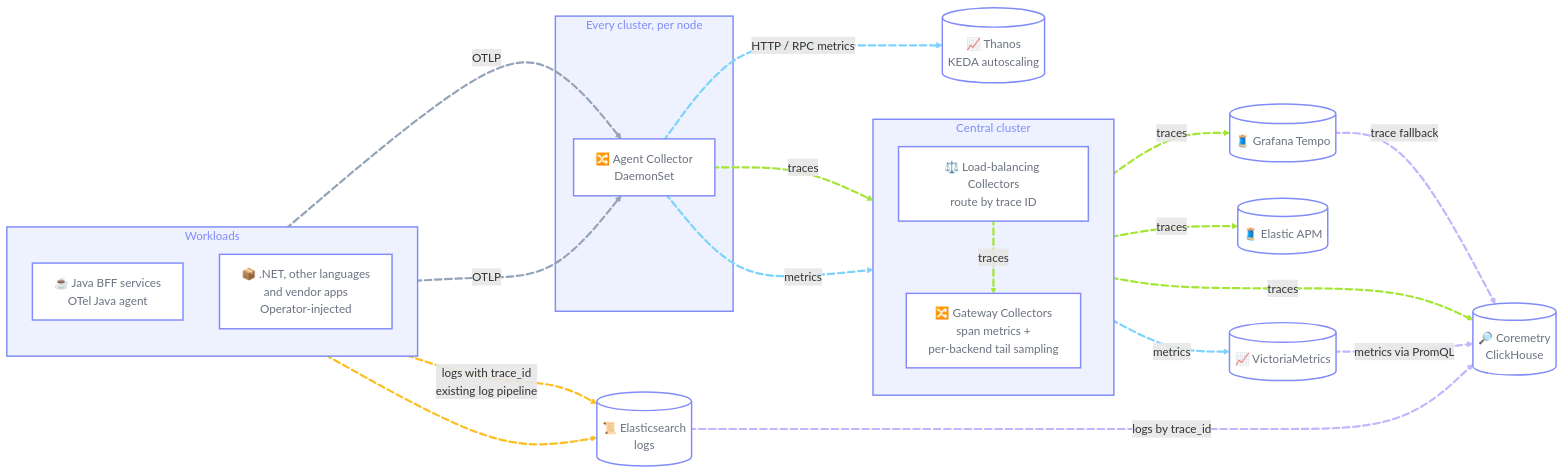
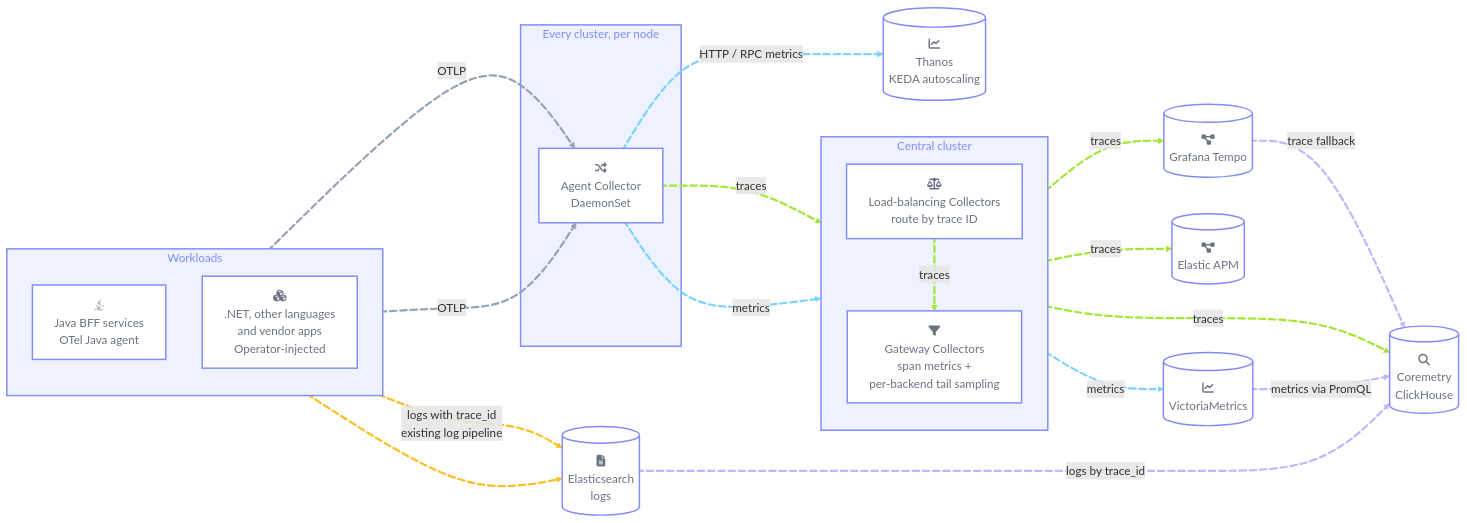
One commit to open-telemetry/opentelemetry.io changed the diagram in content/en/docs/guidance/reference-implementations/akbank/index.md. Above: the diagram before and after it, drawn with Mermaid.

Commit message:
Akbank reference implementation: Font Awesome icons instead of emoji in the architecture diagram

````diff
--- a/content/en/docs/guidance/reference-implementations/akbank/index.md
+++ b/content/en/docs/guidance/reference-implementations/akbank/index.md
@@ -153,70 +153,70 @@
 ```mermaid
 ---
 config:
   flowchart:
     curve: basis
 ---
 flowchart LR
   subgraph Workloads["Workloads"]
     direction TB
-    J["☕ Java BFF services<br/>OTel Java agent"]:::node
-    N["📦 .NET, other languages<br/>and vendor apps<br/>Operator-injected"]:::node
+    J["fab:fa-java<br/>Java BFF services<br/>OTel Java agent"]:::node
+    N["fa:fa-cubes<br/>.NET, other languages<br/>and vendor apps<br/>Operator-injected"]:::node
   end
   subgraph edge["Every cluster, per node"]
-    A["🔀 Agent Collector<br/>DaemonSet"]:::node
+    A["fa:fa-shuffle<br/>Agent Collector<br/>DaemonSet"]:::node
   end
   subgraph central["Central cluster"]
     direction TB
-    LB["⚖️ Load-balancing Collectors<br/>route by trace ID"]:::node
-    G["🔀 Gateway Collectors<br/>span metrics +<br/>per-backend tail sampling"]:::node
+    LB["fa:fa-scale-balanced<br/>Load-balancing Collectors<br/>route by trace ID"]:::node
+    G["fa:fa-filter<br/>Gateway Collectors<br/>span metrics +<br/>per-backend tail sampling"]:::node
   end
-  K[("📈 Thanos<br/>KEDA autoscaling")]:::store
-  T[("🧵 Grafana Tempo")]:::store
-  EA[("🧵 Elastic APM")]:::store
-  C[("🔎 Coremetry<br/>ClickHouse")]:::store
-  M[("📈 VictoriaMetrics")]:::store
-  E[("📜 Elasticsearch<br/>logs")]:::store
+  K[("fa:fa-chart-line<br/>Thanos<br/>KEDA autoscaling")]:::store
+  T[("fa:fa-diagram-project<br/>Grafana Tempo")]:::store
+  EA[("fa:fa-diagram-project<br/>Elastic APM")]:::store
+  C[("fa:fa-magnifying-glass<br/>Coremetry<br/>ClickHouse")]:::store
+  M[("fa:fa-chart-line<br/>VictoriaMetrics")]:::store
+  E[("fa:fa-file-lines<br/>Elasticsearch<br/>logs")]:::store
 
   J L_J_A@== OTLP ==> A
   N L_N_A@== OTLP ==> A
   A L_A_LB@== traces ==> LB
   LB L_LB_G@== traces ==> G
   A L_A_G@== metrics ==> G
   A L_A_K@== "HTTP / RPC metrics" ==> K
   G L_G_T@== traces ==> T
   G L_G_EA@== traces ==> EA
   G L_G_C@== traces ==> C
   G L_G_M@== metrics ==> M
   M L_M_C@-. "metrics via PromQL" .-> C
   J L_J_E@-. "logs with trace_id<br/>existing log pipeline" .-> E
   N L_N_E@-.-> E
   T L_T_C@-. "trace fallback" .-> C
   E L_E_C@-. "logs by trace_id" .-> C
 
   classDef node fill:#ffffff, stroke:#818cf8, stroke-width:2px, color:#6b7280
   classDef store fill:#ffffff, stroke:#818cf8, stroke-width:2px, color:#6b7280
   style Workloads fill:#eef2ff, stroke:#818cf8, stroke-width:2px, color:#818cf8
   style edge fill:#eef2ff, stroke:#818cf8, stroke-width:2px, color:#818cf8
   style central fill:#eef2ff, stroke:#818cf8, stroke-width:2px, color:#818cf8
   linkStyle 0,1 stroke:#94a3b8, fill:none, stroke-width:3px
   linkStyle 2,3,6,7,8 stroke:#a3e635, fill:none, stroke-width:3px
   linkStyle 4,5,9 stroke:#7dd3fc, fill:none, stroke-width:3px
   linkStyle 11,12 stroke:#fbbf24, fill:none, stroke-width:3px
   linkStyle 10,13,14 stroke:#c4b5fd, fill:none, stroke-width:3px
 
   L_J_A@{ animation: fast }
   L_N_A@{ animation: fast }
   L_A_LB@{ animation: fast }
   L_LB_G@{ animation: fast }
   L_A_G@{ animation: fast }
   L_A_K@{ animation: fast }
   L_G_T@{ animation: fast }
   L_G_EA@{ animation: fast }
   L_G_C@{ animation: fast }
   L_G_M@{ animation: fast }
   L_M_C@{ animation: slow }
   L_J_E@{ animation: slow }
   L_N_E@{ animation: slow }
   L_T_C@{ animation: slow }
   L_E_C@{ animation: slow }
 ```
````
